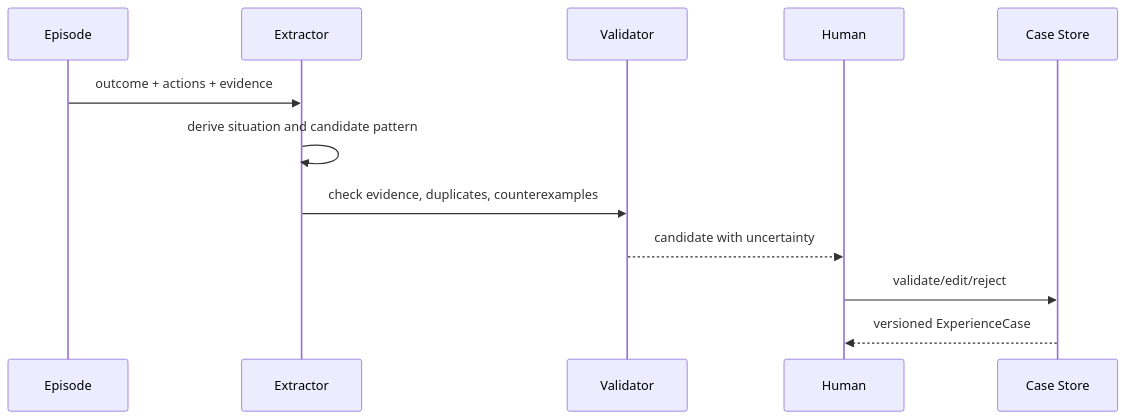
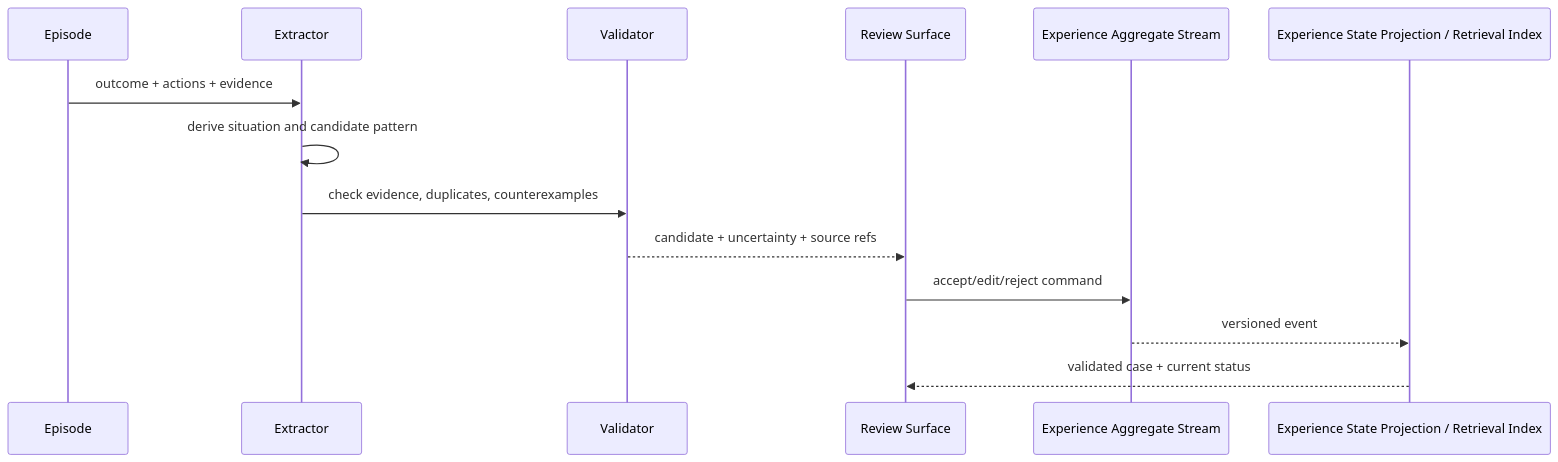
One commit to Cainheart/tracegraph-agent changed the second of 2 diagrams in docs/outlive-agent-v2/04-memory-and-experience/03-experience-learning.md. Above: the diagram before and after it, drawn with Mermaid. The commit also changed other lines of this file and 35 other files, not shown here.

First line of the commit message:
docs(architecture): 以 Agent Runtime 与 Session/Evidence 取代三平面模型

````diff
--- a/docs/outlive-agent-v2/04-memory-and-experience/03-experience-learning.md
+++ b/docs/outlive-agent-v2/04-memory-and-experience/03-experience-learning.md
@@ -49,14 +53,16 @@
 ```mermaid
 sequenceDiagram
   participant E as Episode
   participant X as Extractor
   participant V as Validator
-  participant H as Human
-  participant C as Case Store
+  participant H as Review Surface
+  participant C as Experience Aggregate Stream
+  participant P as Experience State Projection / Retrieval Index
   E->>X: outcome + actions + evidence
   X->>X: derive situation and candidate pattern
   X->>V: check evidence, duplicates, counterexamples
-  V-->>H: candidate with uncertainty
-  H->>C: validate/edit/reject
-  C-->>H: versioned ExperienceCase
+  V-->>H: candidate + uncertainty + source refs
+  H->>C: accept/edit/reject command
+  C-->>P: versioned event
+  P-->>H: validated case + current status
 ```
````
